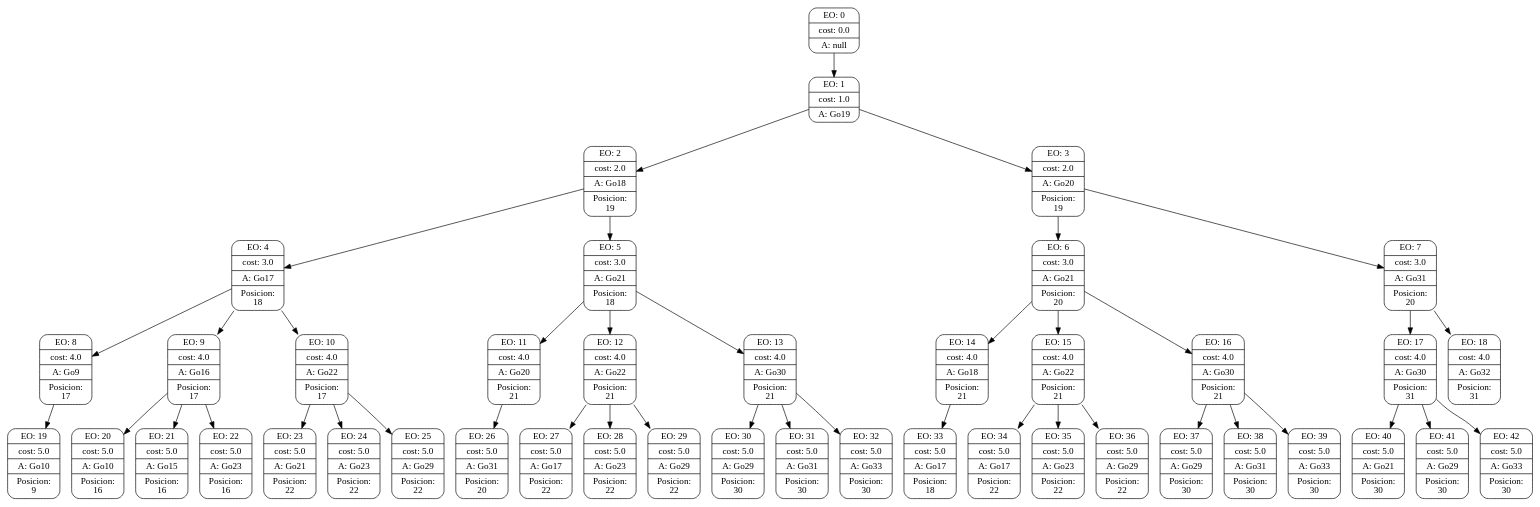
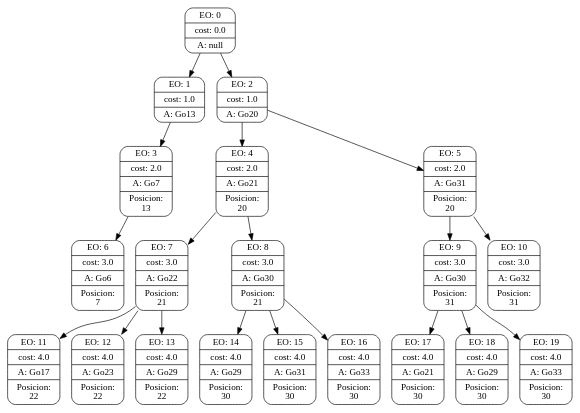
The diagram in searchGVTrees/7.dot (lniklison/TP-Inteligencia-artificial), drawn with Graphviz before and after one commit. The commit also changed 19 other files, not shown here.

```diff
--- a/searchGVTrees/7.dot
+++ b/searchGVTrees/7.dot
@@ -1,132 +1,63 @@
 digraph g {
 node [shape = Mrecord];
 nodo0[label="{EO: 0|cost: 0.0|A: null}"]
-nodo1[label="{EO: 1|cost: 1.0|A: Go19}"]
-nodo2[label="{EO: 2|cost: 2.0|A: Go18|Posicion:\n19}"]
-nodo4[label="{EO: 4|cost: 3.0|A: Go17|Posicion:\n18}"]
-nodo8[label="{EO: 8|cost: 4.0|A: Go9|Posicion:\n17}"]
-nodo19[label="{EO: 19|cost: 5.0|A: Go10|Posicion:\n9}"]
-
-nodo8 -> nodo19;
-
-nodo4 -> nodo8;
-nodo9[label="{EO: 9|cost: 4.0|A: Go16|Posicion:\n17}"]
-nodo20[label="{EO: 20|cost: 5.0|A: Go10|Posicion:\n16}"]
-
-nodo9 -> nodo20;
-nodo21[label="{EO: 21|cost: 5.0|A: Go15|Posicion:\n16}"]
-
-nodo9 -> nodo21;
-nodo22[label="{EO: 22|cost: 5.0|A: Go23|Posicion:\n16}"]
-
-nodo9 -> nodo22;
-
-nodo4 -> nodo9;
-nodo10[label="{EO: 10|cost: 4.0|A: Go22|Posicion:\n17}"]
-nodo23[label="{EO: 23|cost: 5.0|A: Go21|Posicion:\n22}"]
-
-nodo10 -> nodo23;
-nodo24[label="{EO: 24|cost: 5.0|A: Go23|Posicion:\n22}"]
-
-nodo10 -> nodo24;
-nodo25[label="{EO: 25|cost: 5.0|A: Go29|Posicion:\n22}"]
-
-nodo10 -> nodo25;
-
-nodo4 -> nodo10;
-
-nodo2 -> nodo4;
-nodo5[label="{EO: 5|cost: 3.0|A: Go21|Posicion:\n18}"]
-nodo11[label="{EO: 11|cost: 4.0|A: Go20|Posicion:\n21}"]
-nodo26[label="{EO: 26|cost: 5.0|A: Go31|Posicion:\n20}"]
-
-nodo11 -> nodo26;
-
-nodo5 -> nodo11;
-nodo12[label="{EO: 12|cost: 4.0|A: Go22|Posicion:\n21}"]
-nodo27[label="{EO: 27|cost: 5.0|A: Go17|Posicion:\n22}"]
-
-nodo12 -> nodo27;
-nodo28[label="{EO: 28|cost: 5.0|A: Go23|Posicion:\n22}"]
-
-nodo12 -> nodo28;
-nodo29[label="{EO: 29|cost: 5.0|A: Go29|Posicion:\n22}"]
-
-nodo12 -> nodo29;
-
-nodo5 -> nodo12;
-nodo13[label="{EO: 13|cost: 4.0|A: Go30|Posicion:\n21}"]
-nodo30[label="{EO: 30|cost: 5.0|A: Go29|Posicion:\n30}"]
-
-nodo13 -> nodo30;
-nodo31[label="{EO: 31|cost: 5.0|A: Go31|Posicion:\n30}"]
-
-nodo13 -> nodo31;
-nodo32[label="{EO: 32|cost: 5.0|A: Go33|Posicion:\n30}"]
-
-nodo13 -> nodo32;
-
-nodo5 -> nodo13;
-
-nodo2 -> nodo5;
-
-nodo1 -> nodo2;
-nodo3[label="{EO: 3|cost: 2.0|A: Go20|Posicion:\n19}"]
-nodo6[label="{EO: 6|cost: 3.0|A: Go21|Posicion:\n20}"]
-nodo14[label="{EO: 14|cost: 4.0|A: Go18|Posicion:\n21}"]
-nodo33[label="{EO: 33|cost: 5.0|A: Go17|Posicion:\n18}"]
-
-nodo14 -> nodo33;
-
-nodo6 -> nodo14;
-nodo15[label="{EO: 15|cost: 4.0|A: Go22|Posicion:\n21}"]
-nodo34[label="{EO: 34|cost: 5.0|A: Go17|Posicion:\n22}"]
-
-nodo15 -> nodo34;
-nodo35[label="{EO: 35|cost: 5.0|A: Go23|Posicion:\n22}"]
-
-nodo15 -> nodo35;
-nodo36[label="{EO: 36|cost: 5.0|A: Go29|Posicion:\n22}"]
-
-nodo15 -> nodo36;
-
-nodo6 -> nodo15;
-nodo16[label="{EO: 16|cost: 4.0|A: Go30|Posicion:\n21}"]
-nodo37[label="{EO: 37|cost: 5.0|A: Go29|Posicion:\n30}"]
-
-nodo16 -> nodo37;
-nodo38[label="{EO: 38|cost: 5.0|A: Go31|Posicion:\n30}"]
-
-nodo16 -> nodo38;
-nodo39[label="{EO: 39|cost: 5.0|A: Go33|Posicion:\n30}"]
-
-nodo16 -> nodo39;
-
-nodo6 -> nodo16;
+nodo1[label="{EO: 1|cost: 1.0|A: Go13}"]
+nodo3[label="{EO: 3|cost: 2.0|A: Go7|Posicion:\n13}"]
+nodo6[label="{EO: 6|cost: 3.0|A: Go6|Posicion:\n7}"]
 
 nodo3 -> nodo6;
-nodo7[label="{EO: 7|cost: 3.0|A: Go31|Posicion:\n20}"]
-nodo17[label="{EO: 17|cost: 4.0|A: Go30|Posicion:\n31}"]
-nodo40[label="{EO: 40|cost: 5.0|A: Go21|Posicion:\n30}"]
-
-nodo17 -> nodo40;
-nodo41[label="{EO: 41|cost: 5.0|A: Go29|Posicion:\n30}"]
-
-nodo17 -> nodo41;
-nodo42[label="{EO: 42|cost: 5.0|A: Go33|Posicion:\n30}"]
-
-nodo17 -> nodo42;
-
-nodo7 -> nodo17;
-nodo18[label="{EO: 18|cost: 4.0|A: Go32|Posicion:\n31}"]
-
-nodo7 -> nodo18;
-
-nodo3 -> nodo7;
 
 nodo1 -> nodo3;
 
 nodo0 -> nodo1;
+nodo2[label="{EO: 2|cost: 1.0|A: Go20}"]
+nodo4[label="{EO: 4|cost: 2.0|A: Go21|Posicion:\n20}"]
+nodo7[label="{EO: 7|cost: 3.0|A: Go22|Posicion:\n21}"]
+nodo11[label="{EO: 11|cost: 4.0|A: Go17|Posicion:\n22}"]
+
+nodo7 -> nodo11;
+nodo12[label="{EO: 12|cost: 4.0|A: Go23|Posicion:\n22}"]
+
+nodo7 -> nodo12;
+nodo13[label="{EO: 13|cost: 4.0|A: Go29|Posicion:\n22}"]
+
+nodo7 -> nodo13;
+
+nodo4 -> nodo7;
+nodo8[label="{EO: 8|cost: 3.0|A: Go30|Posicion:\n21}"]
+nodo14[label="{EO: 14|cost: 4.0|A: Go29|Posicion:\n30}"]
+
+nodo8 -> nodo14;
+nodo15[label="{EO: 15|cost: 4.0|A: Go31|Posicion:\n30}"]
+
+nodo8 -> nodo15;
+nodo16[label="{EO: 16|cost: 4.0|A: Go33|Posicion:\n30}"]
+
+nodo8 -> nodo16;
+
+nodo4 -> nodo8;
+
+nodo2 -> nodo4;
+nodo5[label="{EO: 5|cost: 2.0|A: Go31|Posicion:\n20}"]
+nodo9[label="{EO: 9|cost: 3.0|A: Go30|Posicion:\n31}"]
+nodo17[label="{EO: 17|cost: 4.0|A: Go21|Posicion:\n30}"]
+
+nodo9 -> nodo17;
+nodo18[label="{EO: 18|cost: 4.0|A: Go29|Posicion:\n30}"]
+
+nodo9 -> nodo18;
+nodo19[label="{EO: 19|cost: 4.0|A: Go33|Posicion:\n30}"]
+
+nodo9 -> nodo19;
+
+nodo5 -> nodo9;
+nodo10[label="{EO: 10|cost: 3.0|A: Go32|Posicion:\n31}"]
+
+nodo5 -> nodo10;
+
+nodo2 -> nodo5;
+
+nodo0 -> nodo2;
 
 
 }
```
